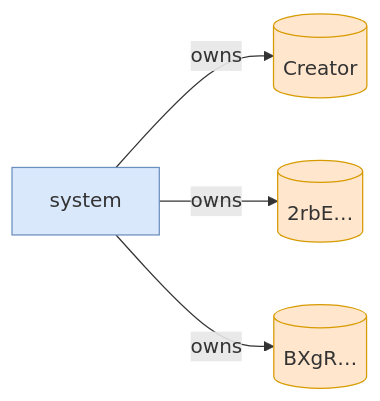
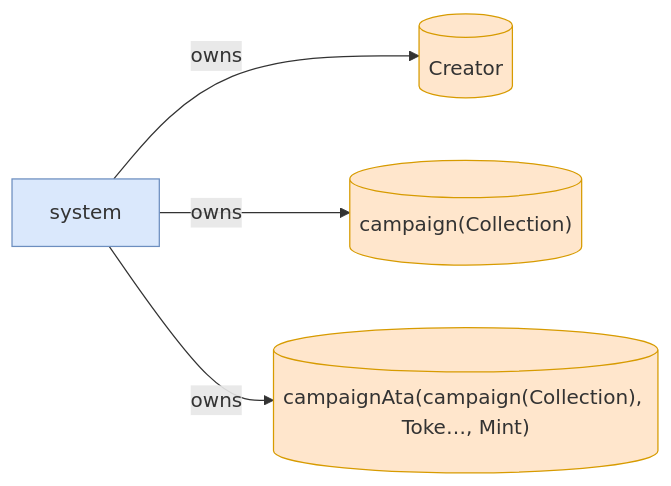
Diagram 12 of 12 in babelfish-tests/test-report/close_campaign_succeeds_when_vault_empty.md (cds-turbin3/vesting-position), drawn with Mermaid before and after one commit. The commit also changed other lines of this file and 51 other files, not shown here.

````diff
--- a/babelfish-tests/test-report/close_campaign_succeeds_when_vault_empty.md
+++ b/babelfish-tests/test-report/close_campaign_succeeds_when_vault_empty.md
@@ -553,13 +483,13 @@
 ```mermaid
 flowchart LR
     system["system"]:::program
     Creator[("Creator")]:::state
-    2rbE[("2rbE…")]:::state
-    BXgR[("BXgR…")]:::state
+    campaignCollection[("campaign(Collection)")]:::state
+    campaignAtacampaignCollectionTokeMint[("campaignAta(campaign(Collection), Toke…, Mint)")]:::state
     system -->|owns| Creator
-    system -->|owns| 2rbE
-    system -->|owns| BXgR
+    system -->|owns| campaignCollection
+    system -->|owns| campaignAtacampaignCollectionTokeMint
     classDef program fill:#dae8fc,stroke:#6c8ebf;
     classDef signer fill:#d5e8d4,stroke:#82b366;
     classDef state fill:#ffe6cc,stroke:#d79b00;
 ```
````
